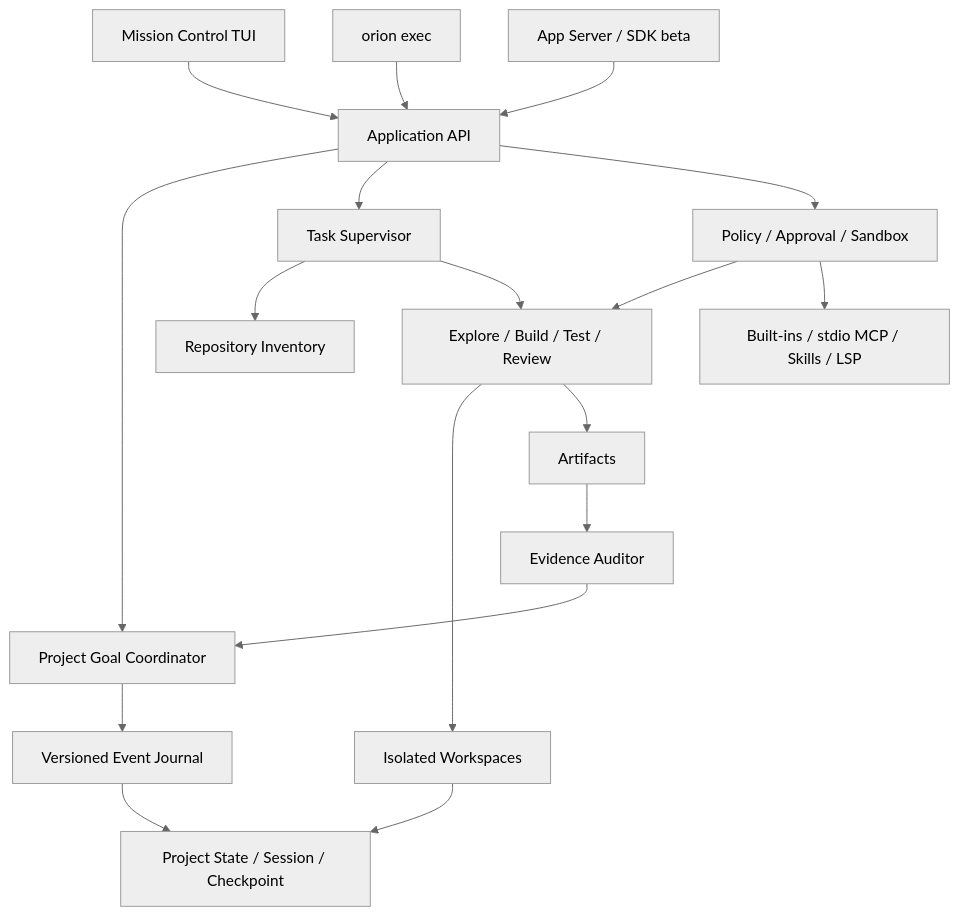
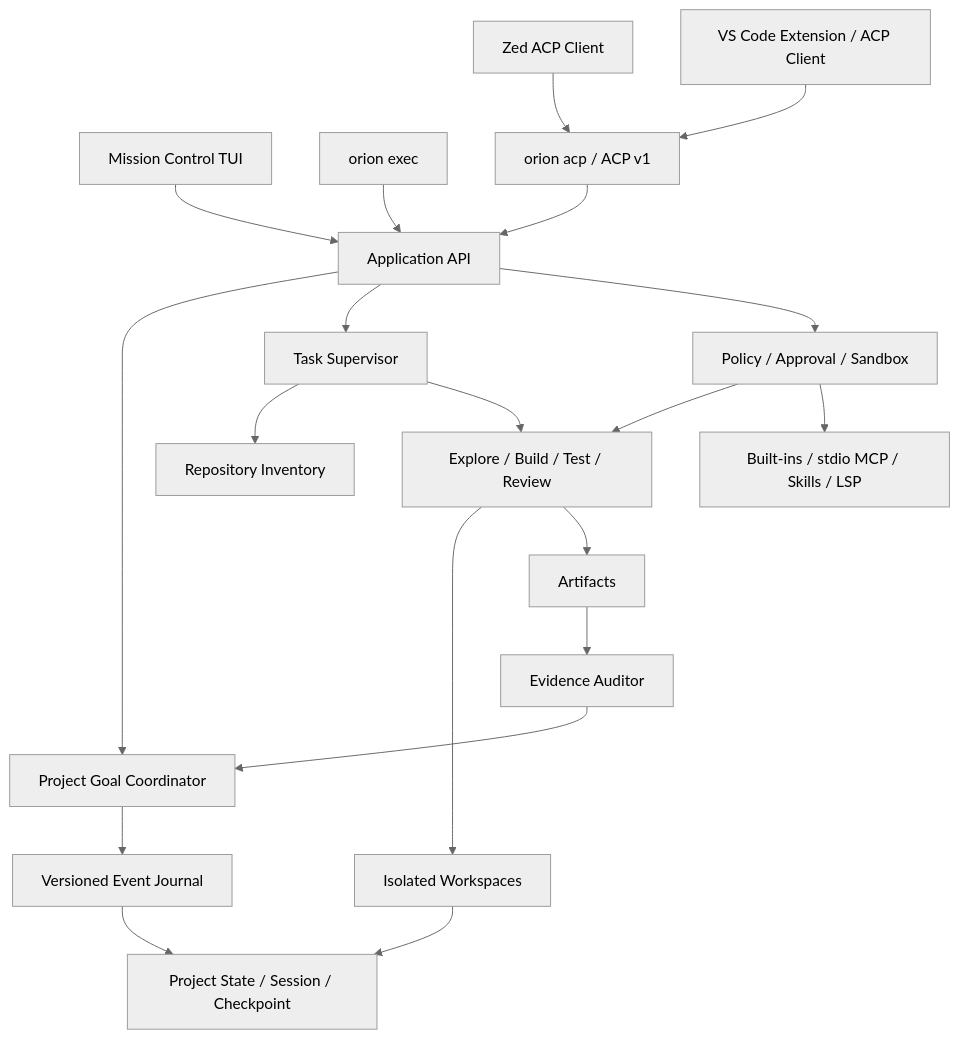
The first of 2 diagrams in docs/plan/v0.2.0-coding-agent-platform-plan.md (orion-agents/orion-code), drawn with Mermaid (neutral theme) before and after one commit. The commit also changed other lines of this file and 32 other files, not shown here.

````diff
--- a/docs/plan/v0.2.0-coding-agent-platform-plan.md
+++ b/docs/plan/v0.2.0-coding-agent-platform-plan.md
@@ -239,23 +266,25 @@
 ```mermaid
 flowchart TB
   TUI["Mission Control TUI"] --> APP["Application API"]
   EXEC["orion exec"] --> APP
-  PREVIEW["App Server / SDK beta"] --> APP
+  ZED["Zed ACP Client"] --> ACP["orion acp / ACP v1"]
+  VSCODE["VS Code Extension / ACP Client"] --> ACP
+  ACP --> APP
 
   APP --> GOAL["Project Goal Coordinator"]
   APP --> SUP["Task Supervisor"]
   APP --> POLICY["Policy / Approval / Sandbox"]
 
   GOAL --> JOURNAL["Versioned Event Journal"]
   SUP --> INV["Repository Inventory"]
   SUP --> AGENTS["Explore / Build / Test / Review"]
   AGENTS --> WS["Isolated Workspaces"]
   AGENTS --> ART["Artifacts"]
   ART --> AUDIT["Evidence Auditor"]
   AUDIT --> GOAL
 
   POLICY --> AGENTS
   POLICY --> TOOLS["Built-ins / stdio MCP / Skills / LSP"]
   JOURNAL --> STORE["Project State / Session / Checkpoint"]
   WS --> STORE
 ```
````
